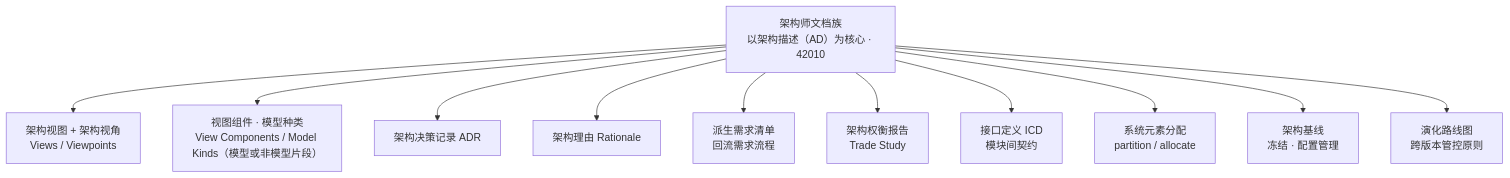
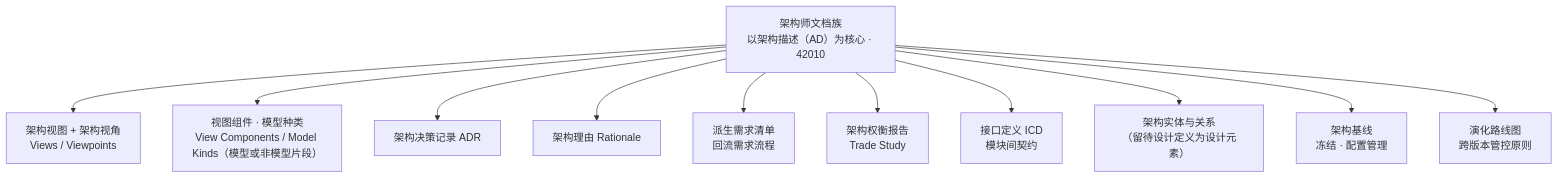
Diagram 11 of 21 in 100-subprojects/01-系统工程研究/00-系统工程相关研究报告/13-工程角色谱系研究报告-从模块工程师到系统架构师.md (Yongjunzhou/AOS-system-design), drawn with Mermaid before and after one commit. The commit also changed other lines of this file and 45 other files, not shown here.

````diff
--- a/100-subprojects/01-系统工程研究/00-系统工程相关研究报告/13-工程角色谱系研究报告-从模块工程师到系统架构师.md
+++ b/100-subprojects/01-系统工程研究/00-系统工程相关研究报告/13-工程角色谱系研究报告-从模块工程师到系统架构师.md
@@ -524,13 +525,13 @@
 ```mermaid
 flowchart TD
     AD["架构师文档族<br/>以架构描述（AD）为核心 · 42010"] --> V1["架构视图 + 架构视角<br/>Views / Viewpoints"]
     AD --> V2["视图组件 · 模型种类<br/>View Components / Model Kinds（模型或非模型片段）"]
     AD --> V3["架构决策记录 ADR"]
     AD --> V4["架构理由 Rationale"]
     AD --> V5["派生需求清单<br/>回流需求流程"]
     AD --> V6["架构权衡报告<br/>Trade Study"]
     AD --> V7["接口定义 ICD<br/>模块间契约"]
-    AD --> V8["系统元素分配<br/>partition / allocate"]
+    AD --> V8["架构实体与关系<br/>（留待设计定义为设计元素）"]
     AD --> V9["架构基线<br/>冻结 · 配置管理"]
     AD --> V10["演化路线图<br/>跨版本管控原则"]
 ```
````
